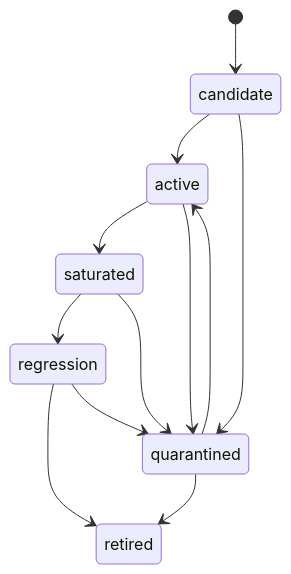
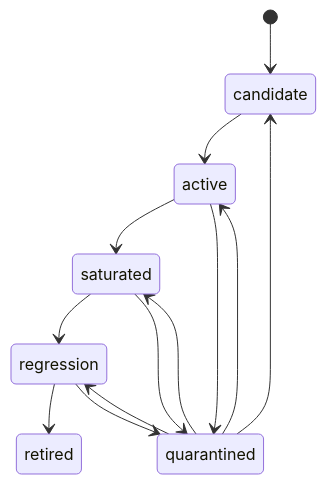
Before and after one commit to mingazhev/agent-evals-standard: the second of 3 diagrams in standard/standard.md, drawn with Mermaid. The commit also changed other lines of this file and 22 other files, not shown here.

````diff
--- a/standard/standard.md
+++ b/standard/standard.md
@@ -276,16 +267,17 @@
 ```mermaid
 stateDiagram-v2
   [*] --> candidate
   candidate --> active
   active --> saturated
   saturated --> regression
   regression --> retired
 
-  candidate --> quarantined
   active --> quarantined
   saturated --> quarantined
   regression --> quarantined
 
+  quarantined --> candidate
   quarantined --> active
-  quarantined --> retired
+  quarantined --> saturated
+  quarantined --> regression
 ```
````
